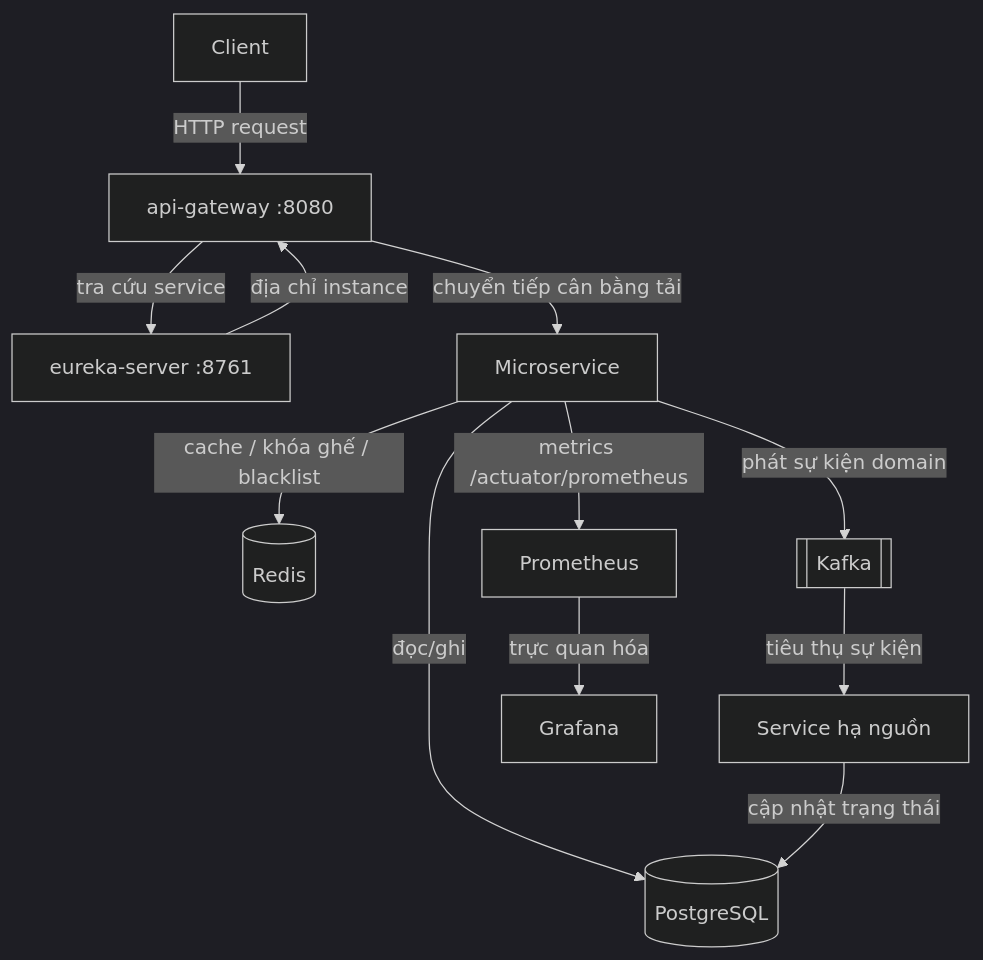
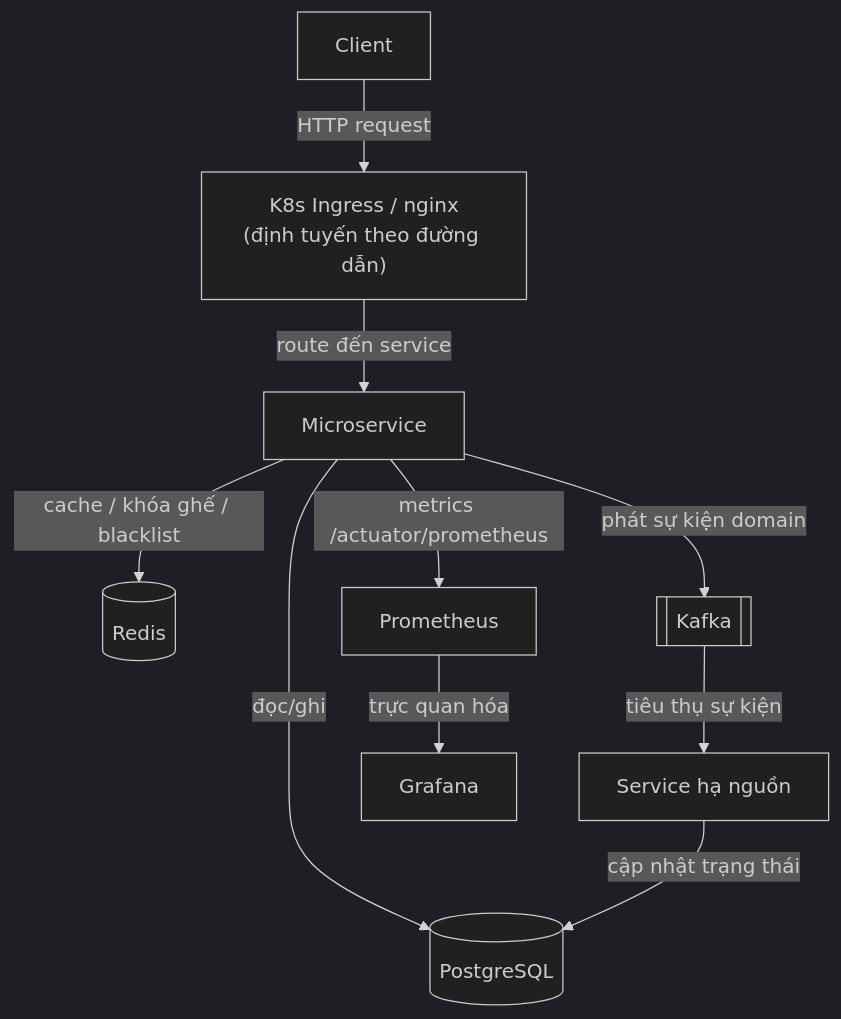
The third of 27 diagrams in docs/vi/system-design-mermaid-diagrams-all-services-flows.md (namnd0312/ms-cinema), drawn with Mermaid (dark theme) before and after one commit. The commit also changed other lines of this file and 36 other files, not shown here.

Commit message:
260409-2143-remove-api-gateway-use-k8s-ingress

````diff
--- a/docs/vi/system-design-mermaid-diagrams-all-services-flows.md
+++ b/docs/vi/system-design-mermaid-diagrams-all-services-flows.md
@@ -210,16 +189,14 @@
 ```mermaid
 flowchart TD
-    C["Client"] -->|HTTP request| GW["api-gateway :8080"]
-    GW -->|tra cứu service| EU["eureka-server :8761"]
-    EU -->|địa chỉ instance| GW
-    GW -->|chuyển tiếp cân bằng tải| SVC["Microservice"]
+    C["Client"] -->|HTTP request| ING["K8s Ingress / nginx\n(định tuyến theo đường dẫn)"]
+    ING -->|route đến service| SVC["Microservice"]
 
     SVC -->|đọc/ghi| DB[("PostgreSQL")]
     SVC -->|cache / khóa ghế / blacklist| RD[("Redis")]
     SVC -->|phát sự kiện domain| KF[["Kafka"]]
     KF -->|tiêu thụ sự kiện| SVC2["Service hạ nguồn"]
     SVC2 -->|cập nhật trạng thái| DB
 
     SVC -->|metrics /actuator/prometheus| PR["Prometheus"]
     PR -->|trực quan hóa| GR["Grafana"]
 ```
````
